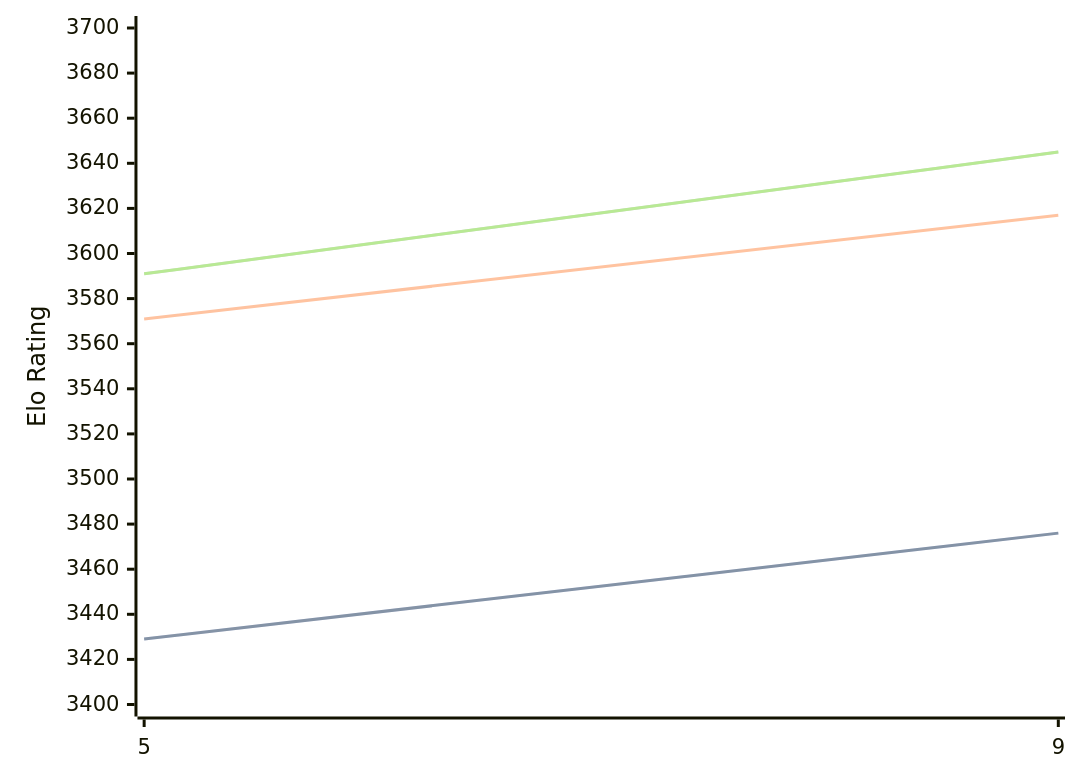
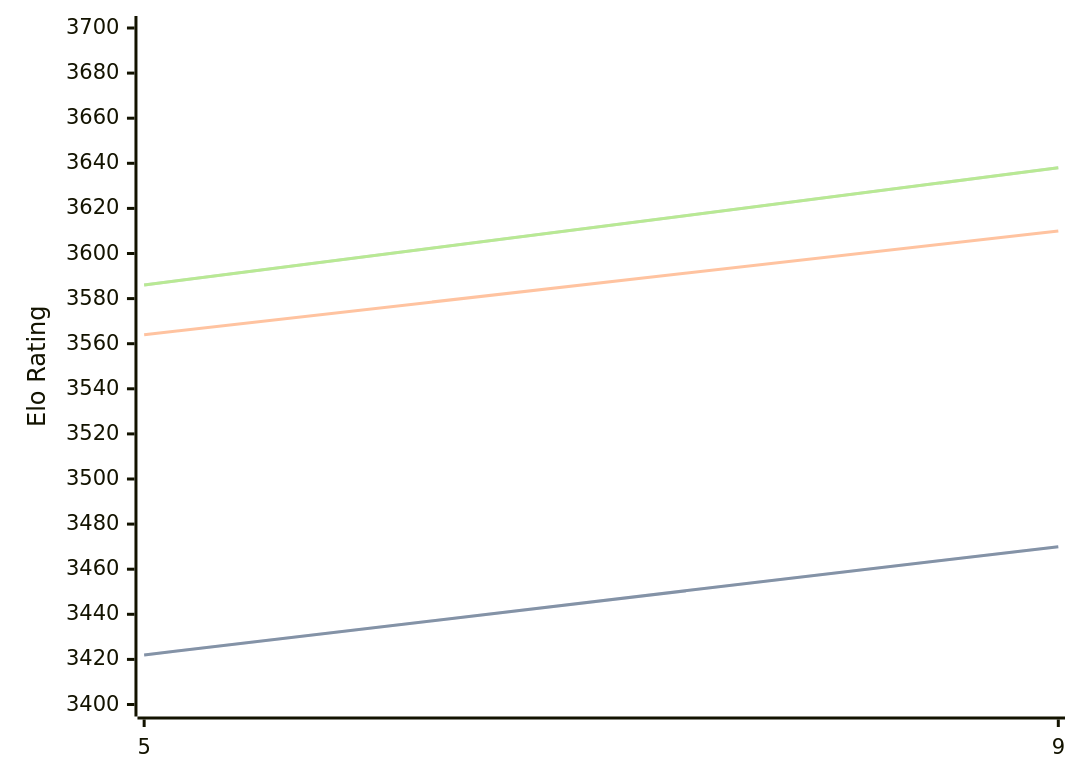
The diagram in engines/Crystal.md (computer-chess-index/cci), drawn with Mermaid before and after one commit. The commit also changed other lines of this file, not shown here.

Commit message:
Update CCI Ratings (ELO VLTC) - 2026-05-18

````diff
--- a/engines/Crystal.md
+++ b/engines/Crystal.md
@@ -60,11 +60,11 @@
 ```mermaid
 %%{init: {"theme":"base","themeVariables":{"seriesColors:['#a3a3a3','#222221','#faa371']}}}%%
 xychart-beta
   x-axis ["5", "9"]
   y-axis "Elo Rating" 3400 --> 3700
-  line "STC (8.0+0.08s)" [3429, 3476]
-  line "STC (8.0+0.08s)" [3429, 3476]
-  line "LTC (60.0+0.60s)" [3571, 3617]
-  line "VLTC (2m24s+1.12s)" [3591, 3645]
-  line "VLTC (2m24s+1.12s)" [3591, 3645]
+  line "STC (8.0+0.08s)" [3422, 3470]
+  line "STC (8.0+0.08s)" [3422, 3470]
+  line "LTC (60.0+0.60s)" [3564, 3610]
+  line "VLTC (2m24s+1.12s)" [3586, 3638]
+  line "VLTC (2m24s+1.12s)" [3586, 3638]
 ```
````
